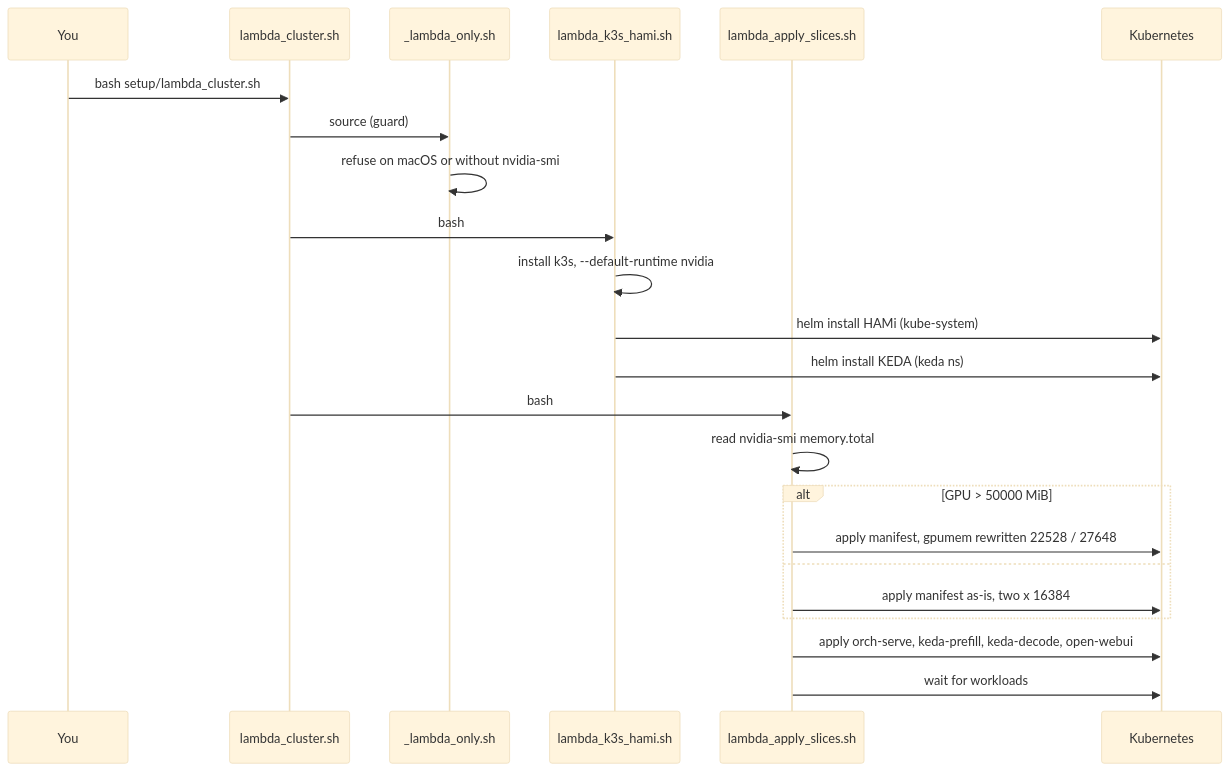
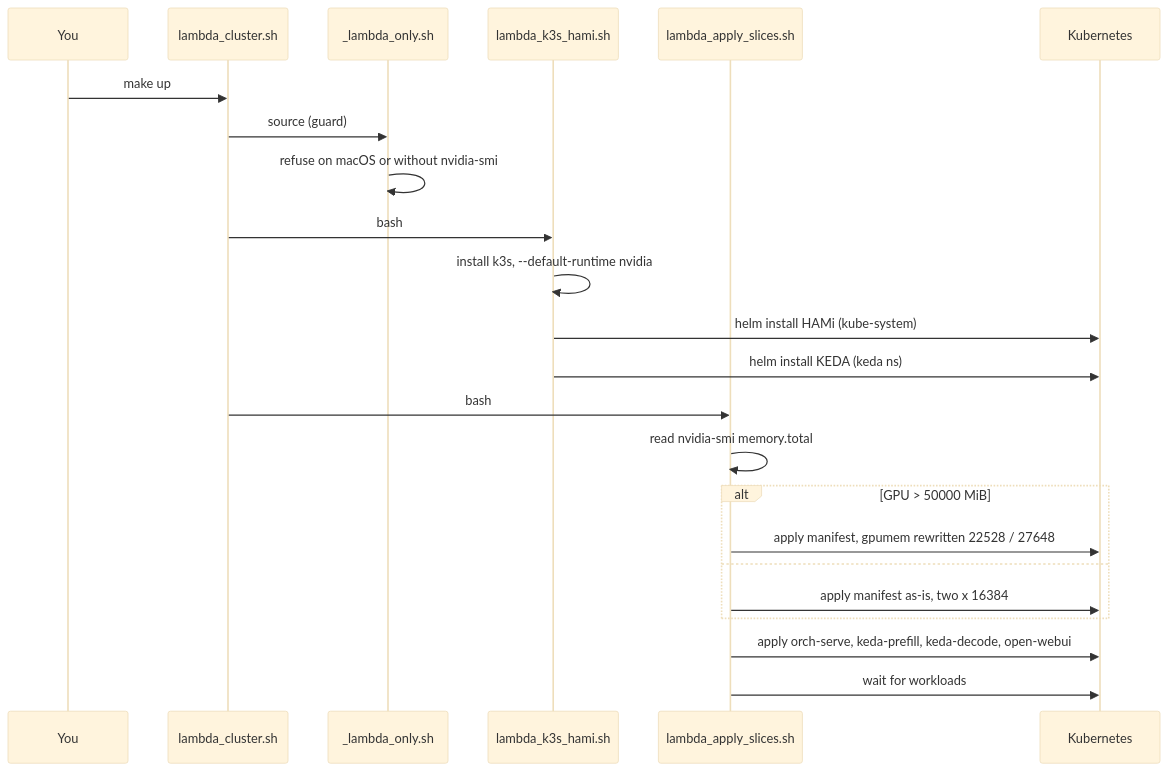
The first of 9 diagrams in infra/docs/DATAFLOW.md (harshuljain13/AdmitPerf), drawn with Mermaid (base theme) before and after one commit. The commit also changed other lines of this file and 115 other files, not shown here.

````diff
--- a/infra/docs/DATAFLOW.md
+++ b/infra/docs/DATAFLOW.md
@@ -26,26 +33,26 @@
 ```mermaid
 sequenceDiagram
     participant U as You
     participant C as lambda_cluster.sh
     participant G as _lambda_only.sh
     participant K as lambda_k3s_hami.sh
     participant A as lambda_apply_slices.sh
     participant API as Kubernetes
 
-    U->>C: bash setup/lambda_cluster.sh
+    U->>C: make up
     C->>G: source (guard)
     G->>G: refuse on macOS or without nvidia-smi
     C->>K: bash
     K->>K: install k3s, --default-runtime nvidia
     K->>API: helm install HAMi (kube-system)
     K->>API: helm install KEDA (keda ns)
     C->>A: bash
     A->>A: read nvidia-smi memory.total
     alt GPU > 50000 MiB
         A->>API: apply manifest, gpumem rewritten 22528 / 27648
     else
         A->>API: apply manifest as-is, two x 16384
     end
     A->>API: apply orch-serve, keda-prefill, keda-decode, open-webui
     A->>API: wait for workloads
 ```
````
